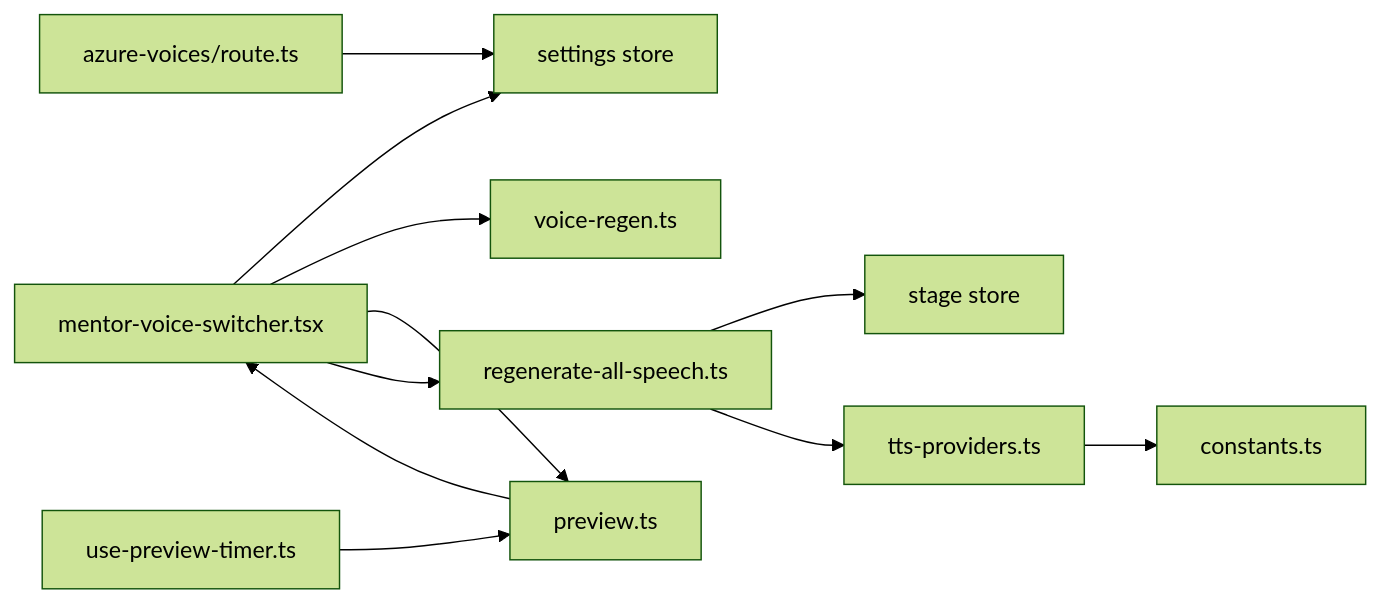
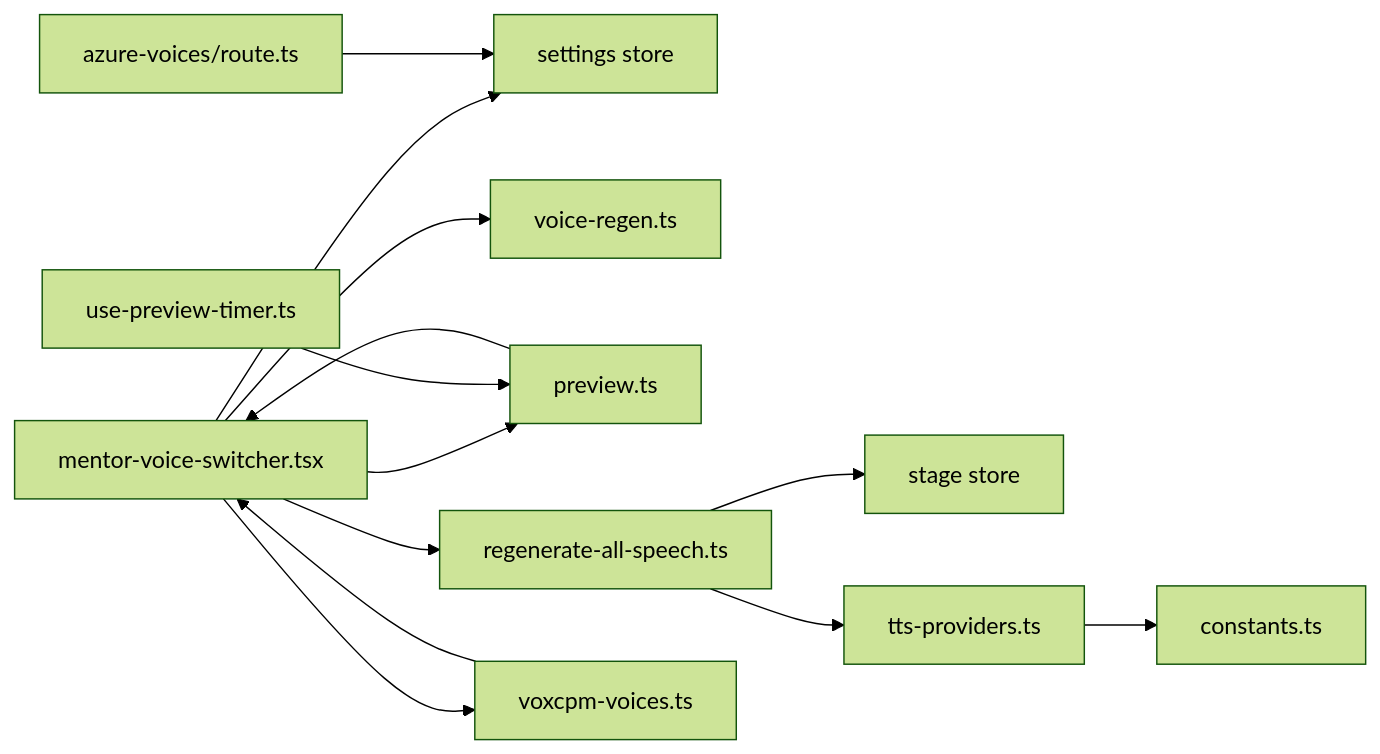
Before and after one commit to huangboheng/OpenMAIC: diagram 12 of 12 in .qoder/repowiki/zh/content/UI 组件系统/课堂播放组件/导师语音切换器组件.md, drawn with Mermaid (forest theme). The commit also changed other lines of this file and 13 other files, not shown here.

````diff
--- a/.qoder/repowiki/zh/content/UI 组件系统/课堂播放组件/导师语音切换器组件.md
+++ b/.qoder/repowiki/zh/content/UI 组件系统/课堂播放组件/导师语音切换器组件.md
@@ -617,13 +661,15 @@
 ```mermaid
 graph LR
 VS["mentor-voice-switcher.tsx"] --> SS["settings store"]
 VS --> VR["voice-regen.ts"]
 VS --> PS["preview.ts"]
 VS --> RA["regenerate-all-speech.ts"]
+VS --> VCP["voxcpm-voices.ts"]
 RA --> ST["stage store"]
 RA --> TP["tts-providers.ts"]
 TP --> CT["constants.ts"]
 AZ["azure-voices/route.ts"] --> SS
 PT["use-preview-timer.ts"] --> PS
 PS --> VS
+VCP --> VS
 ```
````
